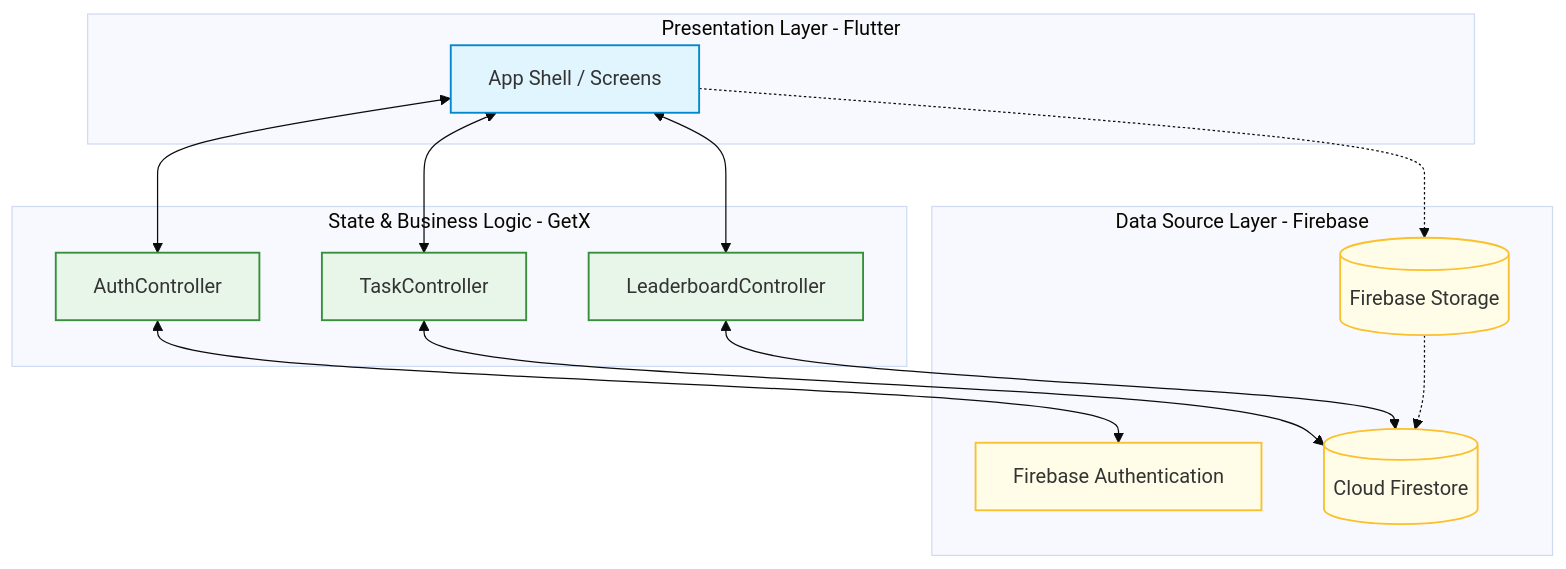
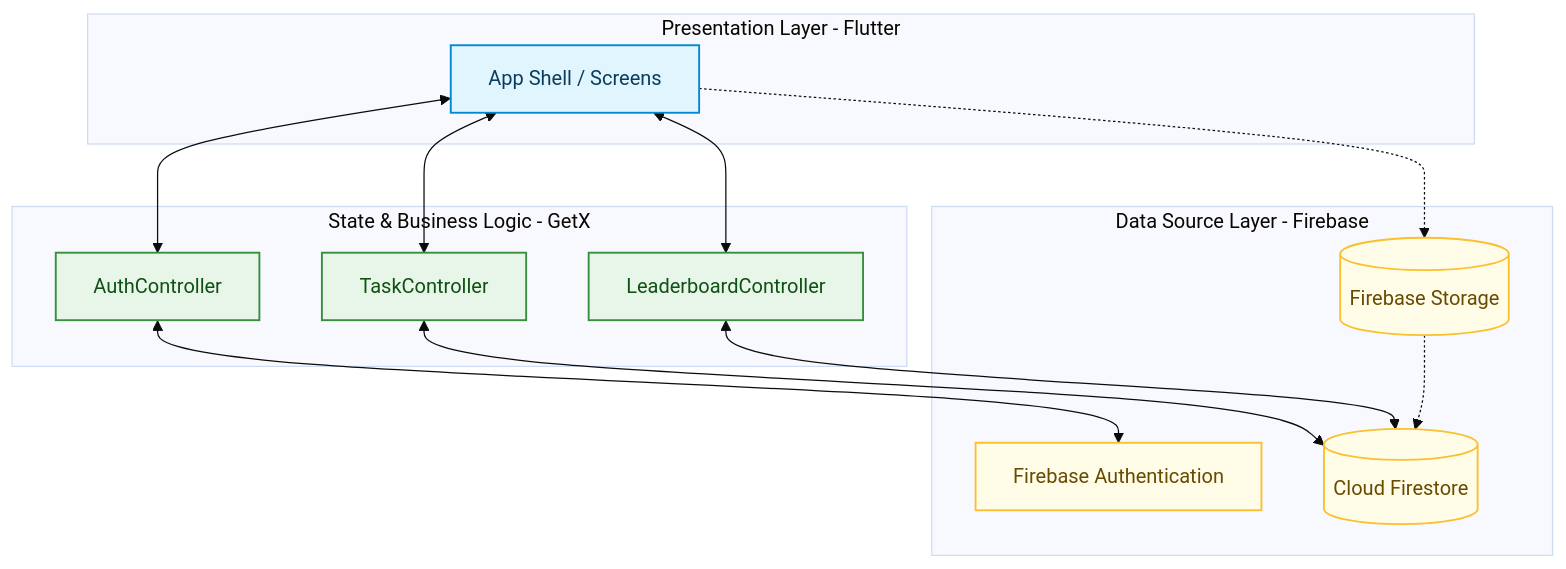
One commit to thirumani-vihaan/ImpactForge changed the diagram in README.md. Above: the diagram before and after it, drawn with Mermaid (base theme).

Commit message:
Update README.md Mermaid styling text color for contrast

````diff
--- a/README.md
+++ b/README.md
@@ -35,36 +35,36 @@
 ```mermaid
 graph TD
     %% Styling
-    classDef default fill:#f9f9f9,stroke:#333,stroke-width:1px;
-    classDef presentation fill:#e1f5fe,stroke:#0288d1,stroke-width:1.5px;
-    classDef controller fill:#e8f5e9,stroke:#388e3c,stroke-width:1.5px;
-    classDef backend fill:#fffde7,stroke:#fbc02d,stroke-width:1.5px;
+    classDef default fill:#f9f9f9,stroke:#333,stroke-width:1px,color:#111;
+    classDef presentation fill:#e1f5fe,stroke:#0288d1,stroke-width:1.5px,color:#0b3c5d;
+    classDef controller fill:#e8f5e9,stroke:#388e3c,stroke-width:1.5px,color:#0f5112;
+    classDef backend fill:#fffde7,stroke:#fbc02d,stroke-width:1.5px,color:#684a01;
 
     subgraph Presentation [Presentation Layer - Flutter]
         UI[App Shell / Screens]:::presentation
     end
 
     subgraph State [State & Business Logic - GetX]
         AC[AuthController]:::controller
         TC[TaskController]:::controller
         LC[LeaderboardController]:::controller
     end
 
     subgraph Cloud [Data Source Layer - Firebase]
         FA[Firebase Authentication]:::backend
         FS[(Cloud Firestore)]:::backend
         FST[(Firebase Storage)]:::backend
     end
 
     %% Interactions
     UI <--> AC
     UI <--> TC
     UI <--> LC
 
     AC <--> FA
     TC <--> FS
     LC <--> FS
     
     UI -.-> FST
     FST -.-> FS
 ```
````
